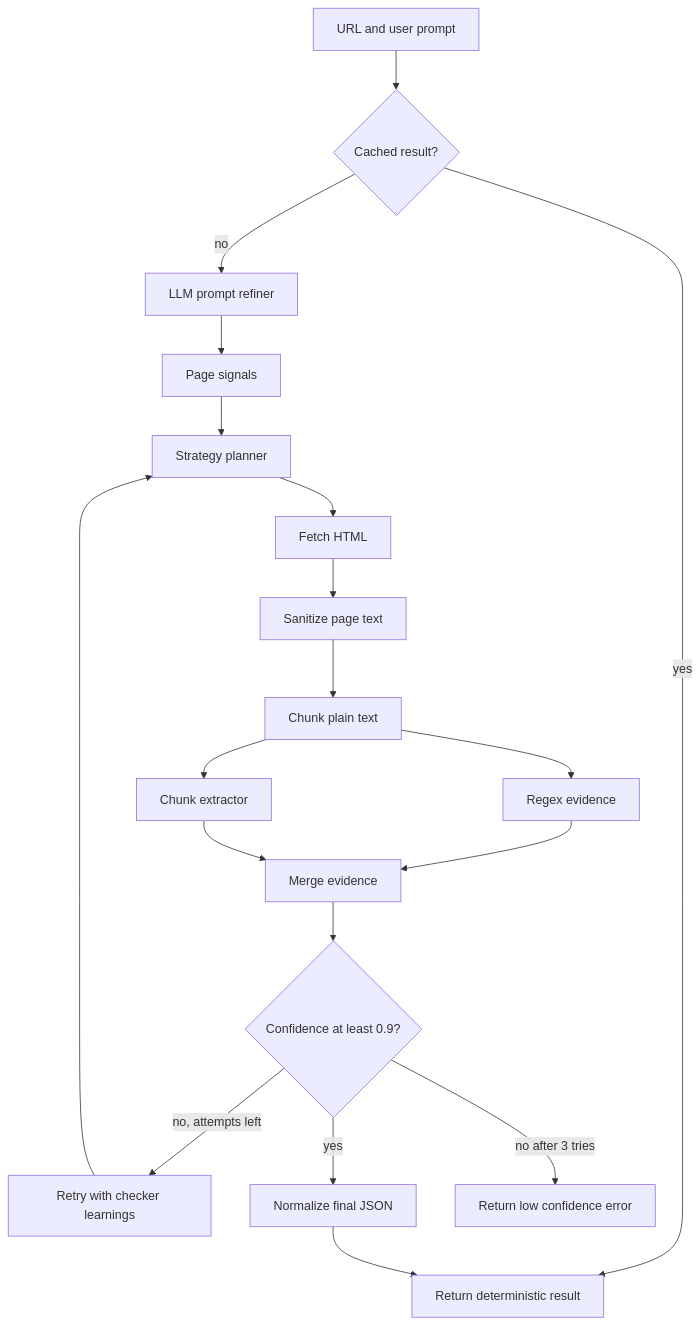
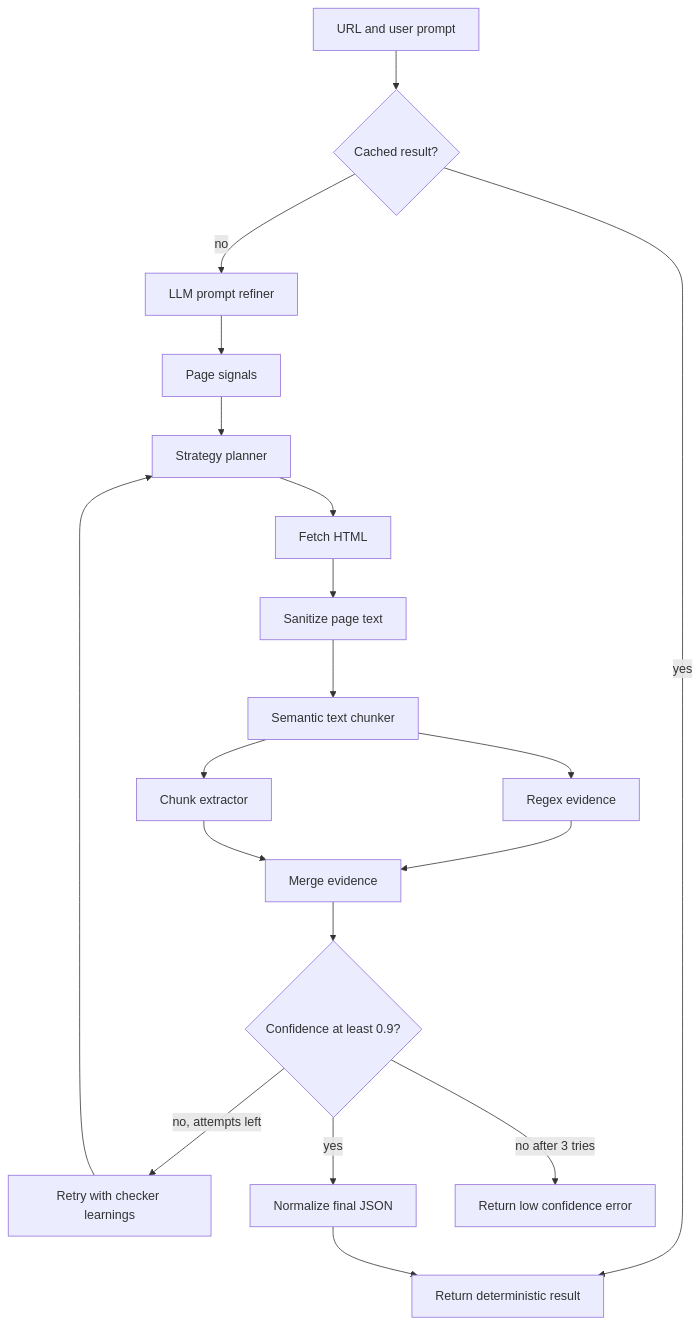
One commit to eqan/Interfaze-Project changed the second of 3 diagrams in Backend/ARCHITECTURE.md. Above: the diagram before and after it, drawn with Mermaid. The commit also changed 6 other files, not shown here.

Commit message:
main: introducing semantic chunker

````diff
--- a/Backend/ARCHITECTURE.md
+++ b/Backend/ARCHITECTURE.md
@@ -41,38 +41,38 @@
 ```mermaid
 flowchart TD
     Request[URL and user prompt]
     Cache{Cached result?}
     Refiner[LLM prompt refiner]
     Signals[Page signals]
     Planner[Strategy planner]
     Fetch[Fetch HTML]
     Sanitize[Sanitize page text]
-    Chunk[Chunk plain text]
+    Chunk[Semantic text chunker]
     Regex[Regex evidence]
     ChunkLLM[Chunk extractor]
     Merge[Merge evidence]
     Check{Confidence at least 0.9?}
     Retry[Retry with checker learnings]
     Normalize[Normalize final JSON]
     Success[Return deterministic result]
     LowConfidence[Return low confidence error]
 
     Request --> Cache
     Cache -->|yes| Success
     Cache -->|no| Refiner
     Refiner --> Signals
     Signals --> Planner
     Planner --> Fetch
     Fetch --> Sanitize
     Sanitize --> Chunk
     Chunk --> Regex
     Chunk --> ChunkLLM
     Regex --> Merge
     ChunkLLM --> Merge
     Merge --> Check
     Check -->|yes| Normalize
     Normalize --> Success
     Check -->|no, attempts left| Retry
     Retry --> Planner
     Check -->|no after 3 tries| LowConfidence
 ```
````
